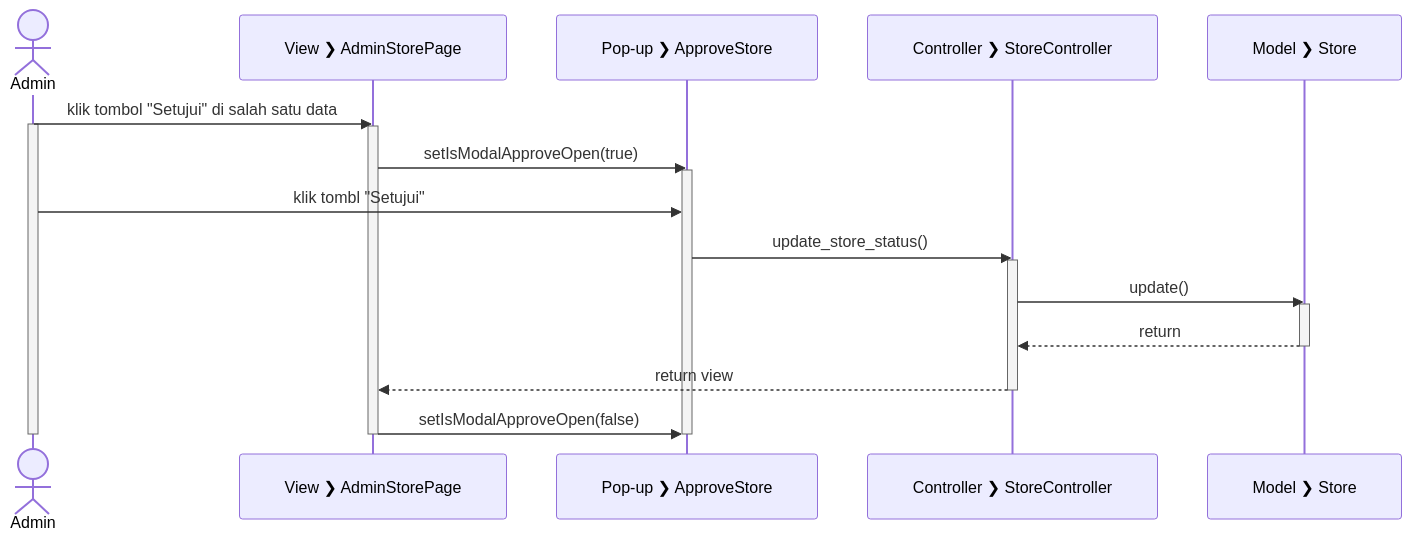
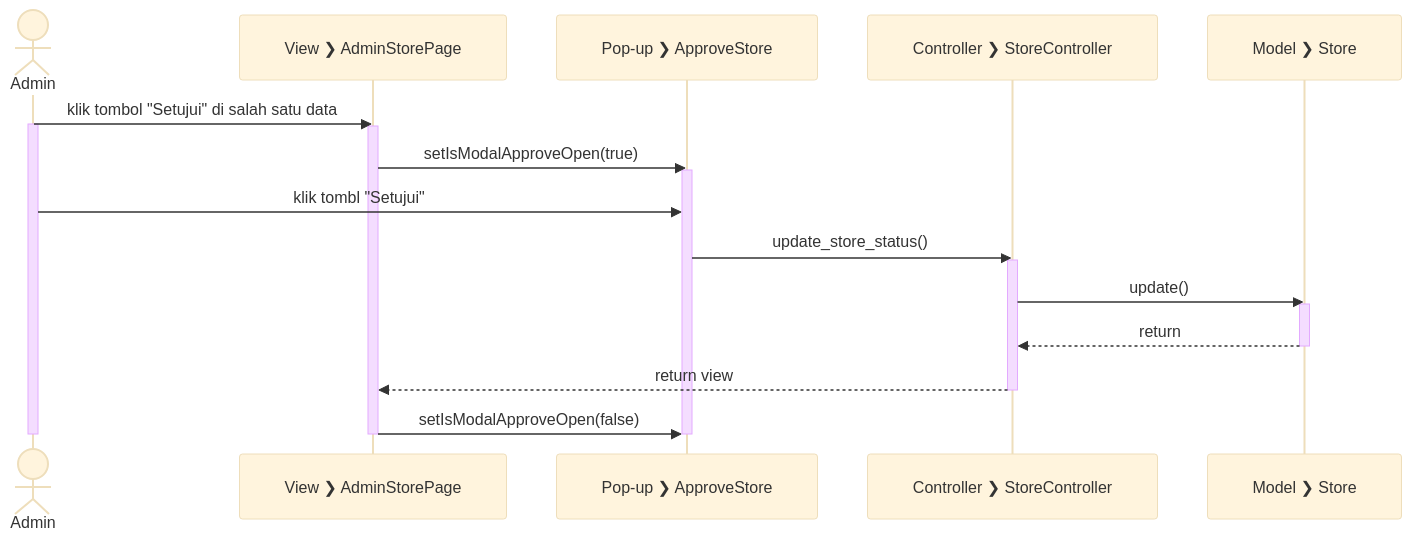
Before and after one commit to rizalgrandonk/salesprint-diagrams: the diagram in sequence/AdminApproveStore.mmd, drawn with Mermaid. The commit also changed 36 other files, not shown here.

Commit message:
update sequence diagram

```diff
--- a/sequence/AdminApproveStore.mmd
+++ b/sequence/AdminApproveStore.mmd
@@ -1,40 +1,41 @@
+%%{init: {'theme': 'base', 'themeVariables': { 'fontSize': '13px', 'fontFamily': 'Inter'}}}%%
 sequenceDiagram
   actor Admin
   participant V_ASP as View #10095; AdminStorePage
   participant P_AS as Pop-up #10095; ApproveStore
   participant C_S as Controller #10095; StoreController
   participant M_S as Model #10095; Store
 
   Admin->>V_ASP: klik tombol "Setujui" di salah satu data
   
   activate Admin
 
   activate V_ASP
 
   V_ASP->>P_AS: setIsModalApproveOpen(true)
 
   activate P_AS
 
   Admin->>P_AS: klik tombl "Setujui"
   P_AS->>C_S: update_store_status()
 
   activate C_S
 
   C_S->>M_S: update()
   
   activate M_S
   
   M_S-->>C_S: return
 
   deactivate M_S
 
   C_S-->>V_ASP: return view
 
   deactivate C_S
   
   V_ASP->>P_AS: setIsModalApproveOpen(false)
 
   deactivate P_AS
   deactivate V_ASP
   
   deactivate Admin
```
